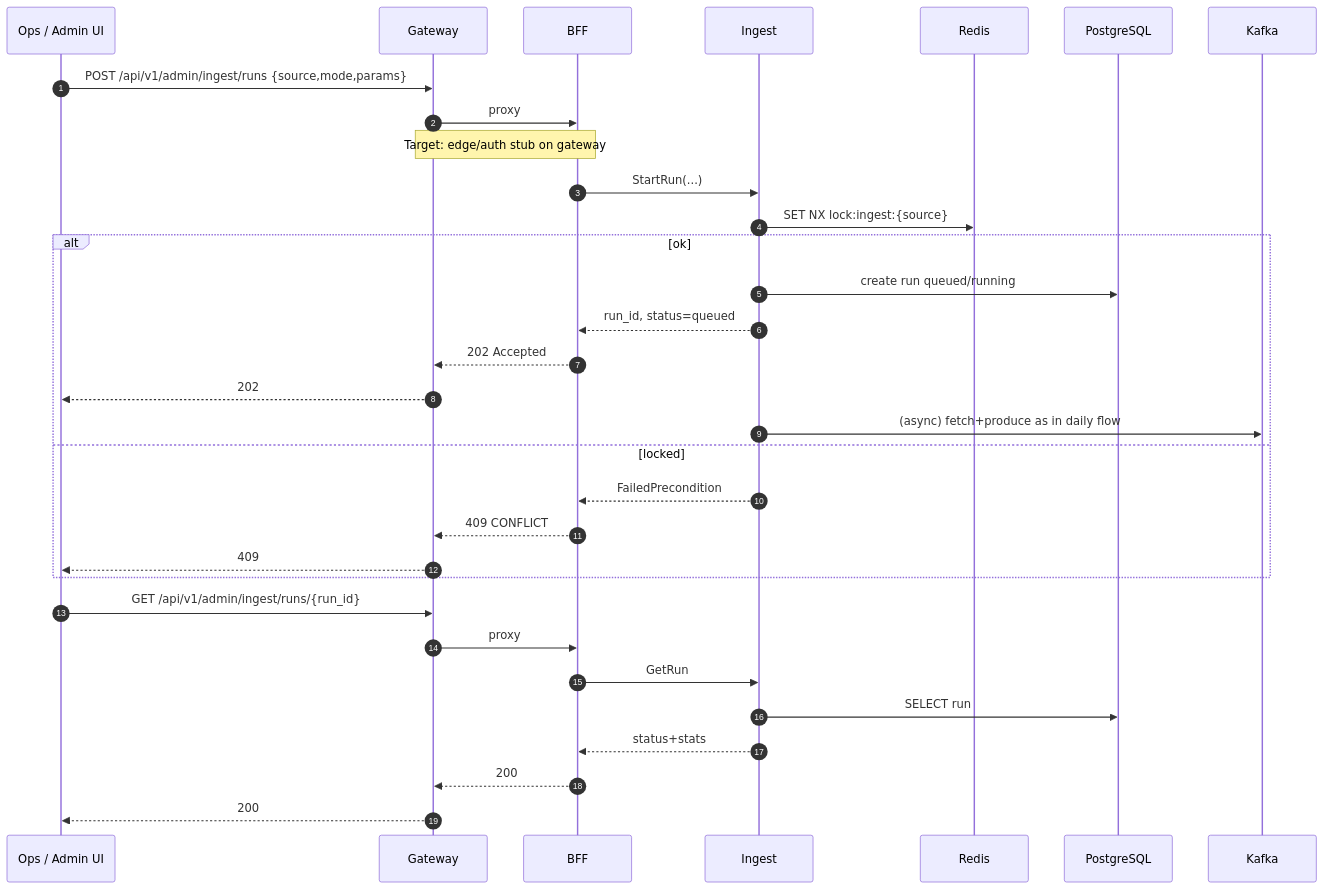
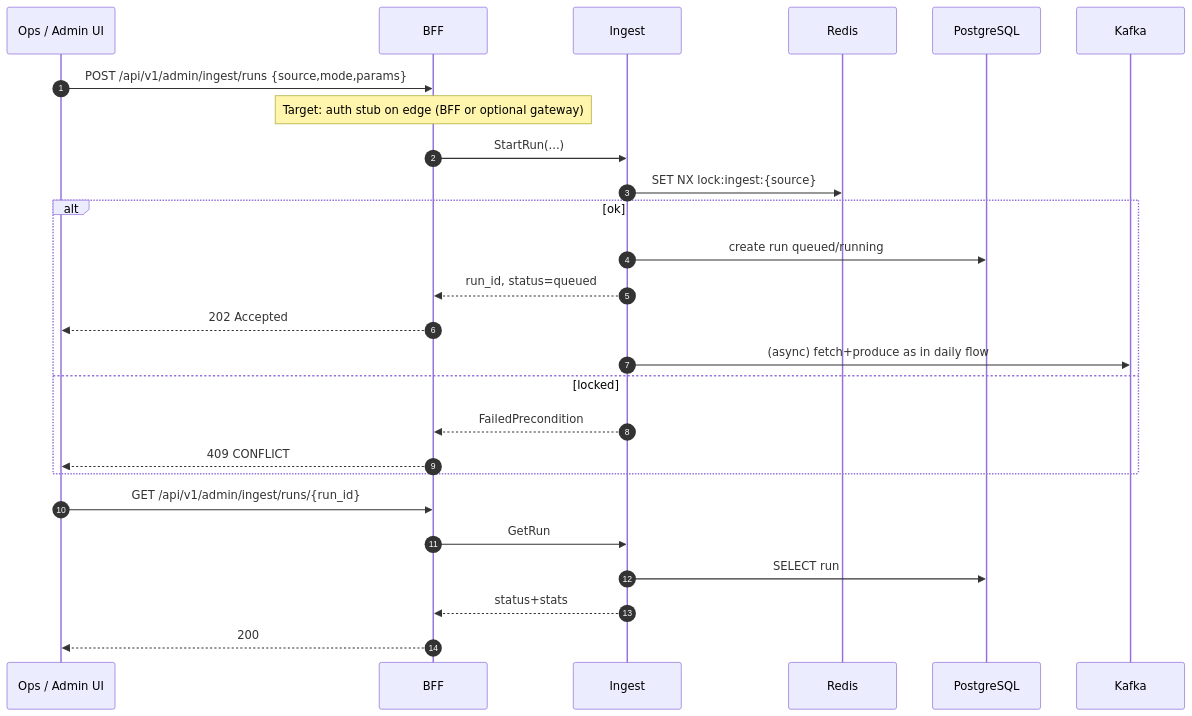
The fourth of 8 diagrams in docs/architecture/04-sequence-diagrams.md (Chuchoss/it-labor-pulse), drawn with Mermaid before and after one commit. The commit also changed other lines of this file and 30 other files, not shown here.

First line of the commit message:
refactor(api): drop separate gateway; public BFF on :8080

````diff
--- a/docs/architecture/04-sequence-diagrams.md
+++ b/docs/architecture/04-sequence-diagrams.md
@@ -108,36 +105,30 @@
 ```mermaid
 sequenceDiagram
   autonumber
   participant Ops as Ops / Admin UI
-  participant GW as Gateway
   participant BFF as BFF
   participant Ing as Ingest
   participant Redis as Redis
   participant PG as PostgreSQL
   participant Kafka as Kafka
 
-  Ops->>GW: POST /api/v1/admin/ingest/runs {source,mode,params}
-  GW->>BFF: proxy
-  Note over GW,BFF: Target: edge/auth stub on gateway
+  Ops->>BFF: POST /api/v1/admin/ingest/runs {source,mode,params}
+  Note over BFF: Target: auth stub on edge (BFF or optional gateway)
   BFF->>Ing: StartRun(...)
   Ing->>Redis: SET NX lock:ingest:{source}
   alt ok
     Ing->>PG: create run queued/running
     Ing-->>BFF: run_id, status=queued
-    BFF-->>GW: 202 Accepted
-    GW-->>Ops: 202
+    BFF-->>Ops: 202 Accepted
     Ing->>Kafka: (async) fetch+produce as in daily flow
   else locked
     Ing-->>BFF: FailedPrecondition
-    BFF-->>GW: 409 CONFLICT
-    GW-->>Ops: 409
+    BFF-->>Ops: 409 CONFLICT
   end
 
-  Ops->>GW: GET /api/v1/admin/ingest/runs/{run_id}
-  GW->>BFF: proxy
+  Ops->>BFF: GET /api/v1/admin/ingest/runs/{run_id}
   BFF->>Ing: GetRun
   Ing->>PG: SELECT run
   Ing-->>BFF: status+stats
-  BFF-->>GW: 200
-  GW-->>Ops: 200
+  BFF-->>Ops: 200
 ```
````
